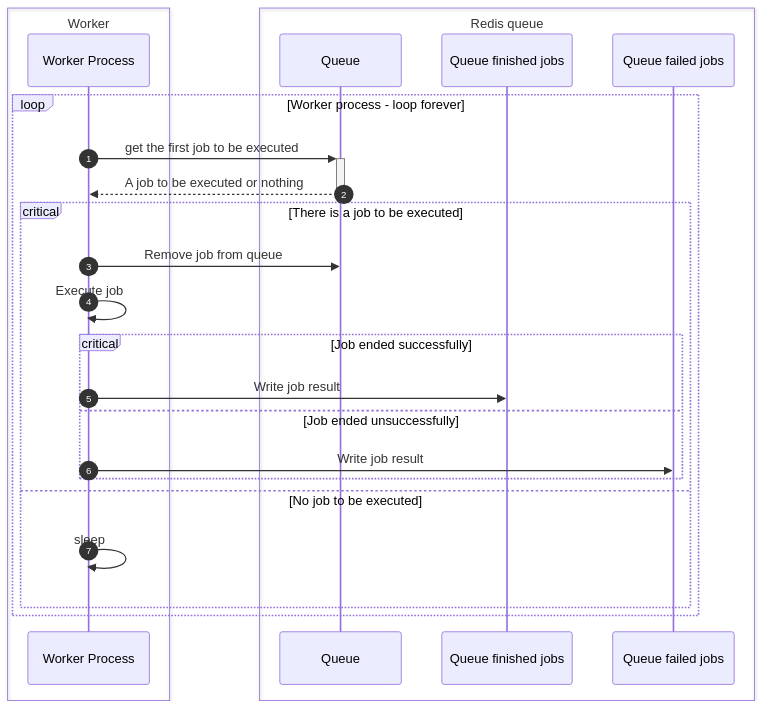
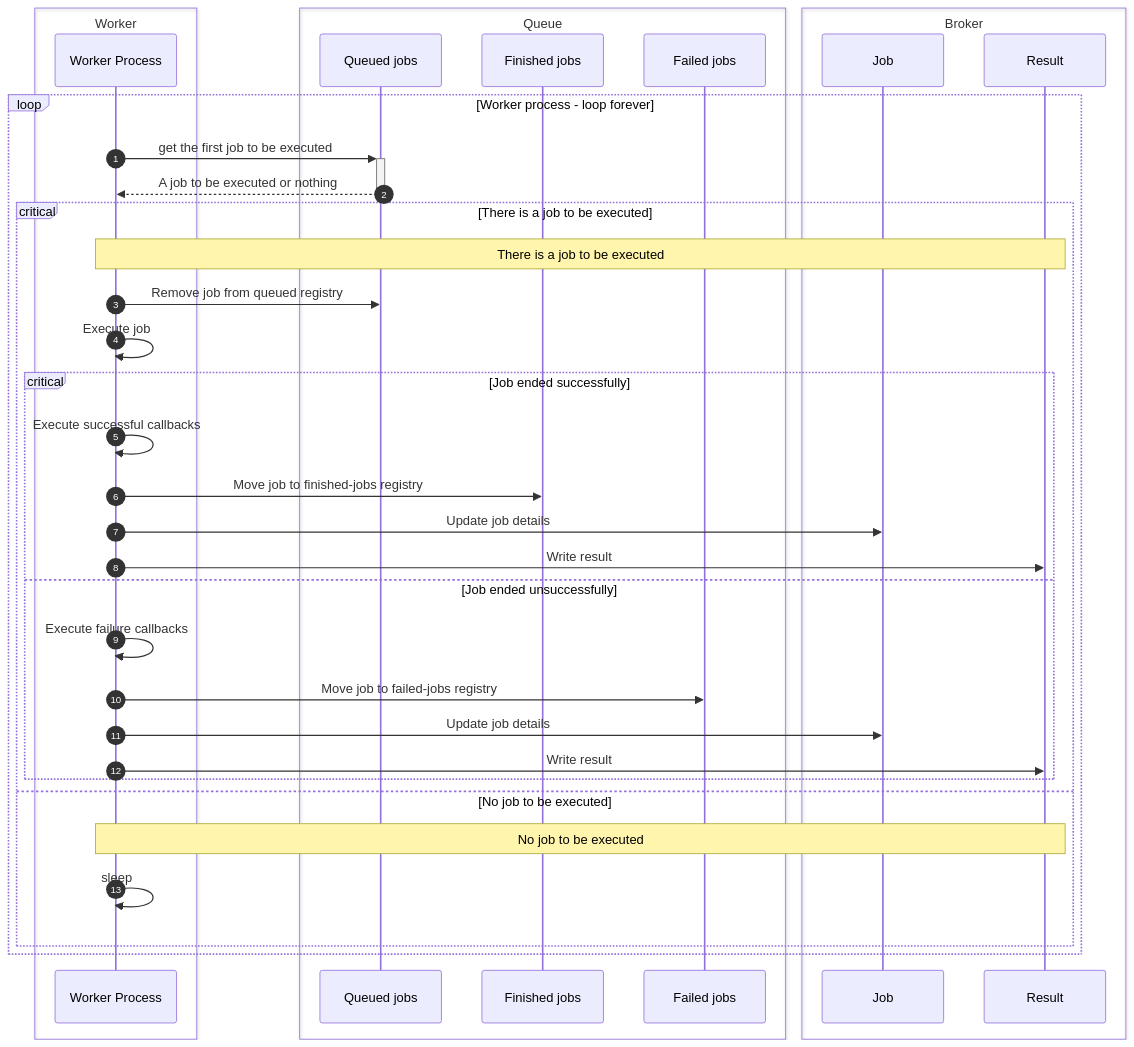
The third of 3 diagrams in docs/index.md (django-commons/django-tasks-scheduler), drawn with Mermaid before and after one commit. The commit also changed other lines of this file and 107 other files, not shown here.

````diff
--- a/docs/index.md
+++ b/docs/index.md
@@ -106,27 +162,39 @@
 ```mermaid
 sequenceDiagram
     autonumber
     box Worker
         participant worker as Worker Process
     end
-    box Redis queue
-        participant queue as Queue
-        participant finished as Queue finished jobs
-        participant failed as Queue failed jobs
+    box Queue
+        participant queue as Queued jobs
+        participant finished as Finished jobs
+        participant failed as Failed jobs
+    end
+    box Broker
+        participant job as Job
+        participant result as Result
     end
     loop Worker process - loop forever
         worker ->>+ queue: get the first job to be executed
         queue -->>- worker: A job to be executed or nothing
         critical There is a job to be executed
-            worker ->> queue: Remove job from queue
+            note over worker, result: There is a job to be executed
+            worker ->> queue: Remove job from queued registry
             worker ->> worker: Execute job
             critical Job ended successfully
-                worker ->> finished: Write job result
+                worker ->> worker: Execute successful callbacks
+                worker ->> finished: Move job to finished-jobs registry
+                worker ->> job: Update job details
+                worker ->> result: Write result
             option Job ended unsuccessfully
-                worker ->> failed: Write job result
+                worker ->> worker: Execute failure callbacks
+                worker ->> failed: Move job to failed-jobs registry
+                worker ->> job: Update job details
+                worker ->> result: Write result
             end
         option No job to be executed
+            note over worker, result: No job to be executed
             worker ->> worker: sleep
         end
     end
 ```
````
